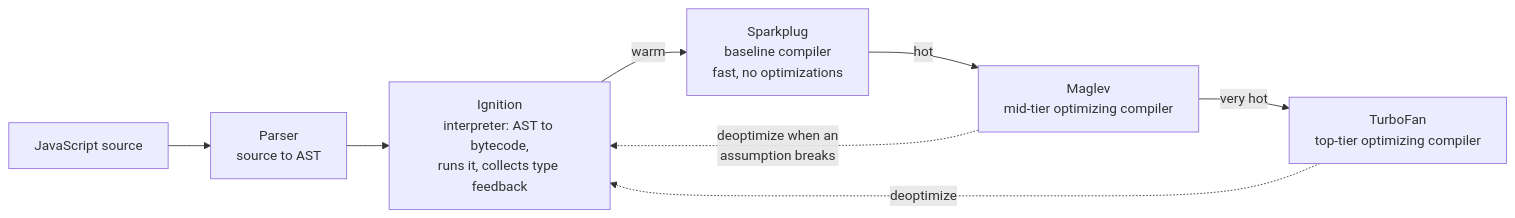
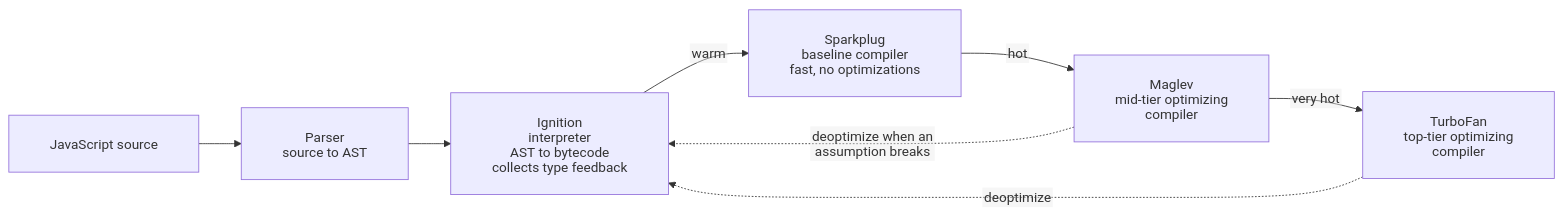
The fourth of 26 diagrams in README.md (renatolinsdigital/nodejs-quickstart), drawn with Mermaid before and after one commit. The commit also changed other lines of this file, not shown here.

First line of the commit message:
renames guide to Understanding Node.js Well and fixes clipped diagram labels

````diff
--- a/README.md
+++ b/README.md
@@ -411,10 +414,11 @@
 ```mermaid
+%%{init: {"htmlLabels": false, "flowchart": {"htmlLabels": false, "wrappingWidth": 400, "padding": 24}}}%%
 flowchart LR
     SRC["JavaScript source"] --> PARSE["Parser<br/>source to AST"]
-    PARSE --> IGN["Ignition<br/>interpreter: AST to bytecode,<br/>runs it, collects type feedback"]
+    PARSE --> IGN["Ignition<br/>interpreter<br/>AST to bytecode<br/>collects type feedback"]
     IGN -- "warm" --> SP["Sparkplug<br/>baseline compiler<br/>fast, no optimizations"]
-    SP -- "hot" --> MAG["Maglev<br/>mid-tier optimizing compiler"]
-    MAG -- "very hot" --> TF["TurboFan<br/>top-tier optimizing compiler"]
+    SP -- "hot" --> MAG["Maglev<br/>mid-tier optimizing<br/>compiler"]
+    MAG -- "very hot" --> TF["TurboFan<br/>top-tier optimizing<br/>compiler"]
     MAG -. "deoptimize when an<br/>assumption breaks" .-> IGN
     TF -. "deoptimize" .-> IGN
 ```
````
